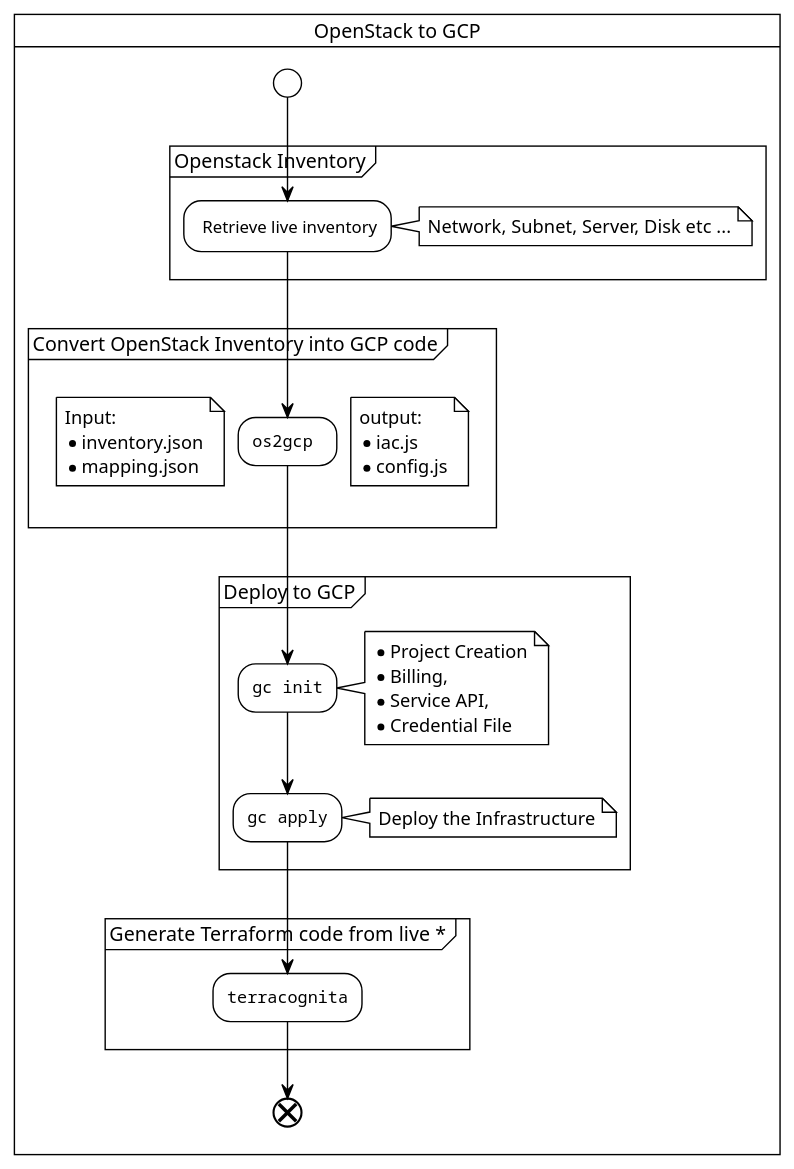
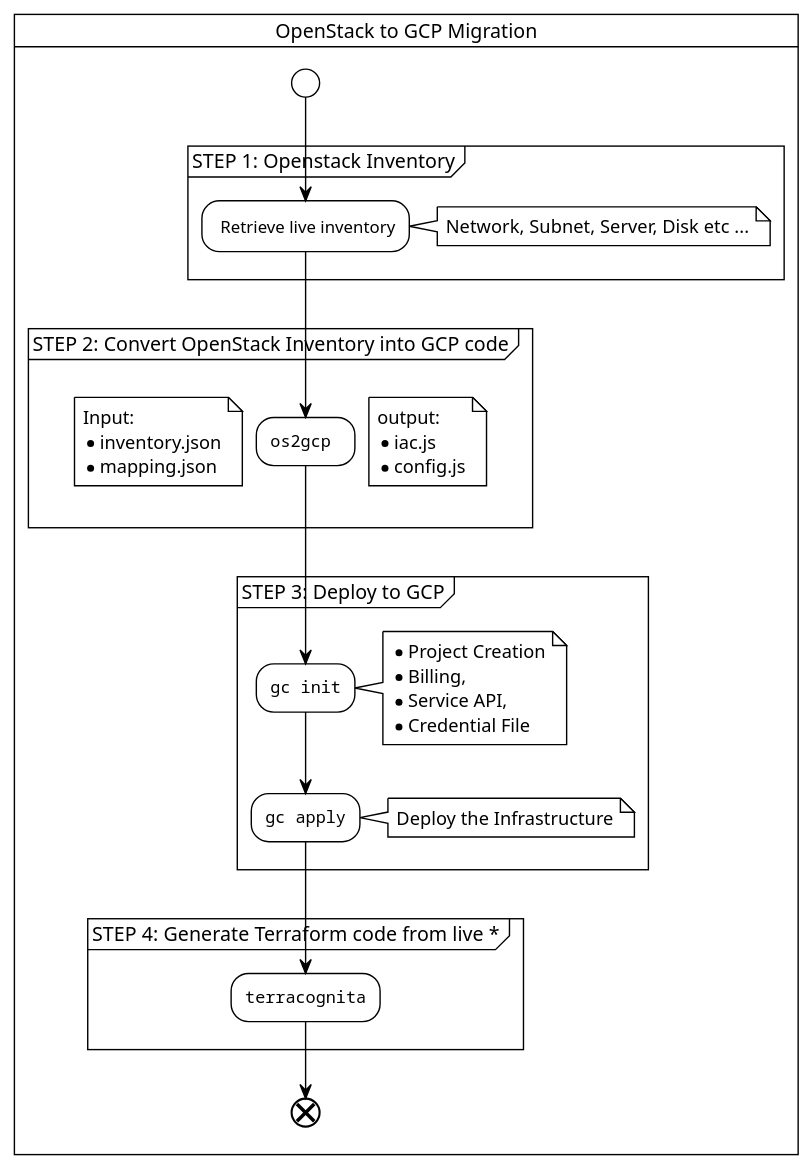
Before and after one commit to grucloud/grucloud: the diagram in packages/tools/openstack2gcp/Openstack2Gcp.puml, drawn with PlantUML. The commit also changed 1 other file, not shown here.

Commit message:
update s2gcp puml

```diff
--- a/packages/tools/openstack2gcp/Openstack2Gcp.puml
+++ b/packages/tools/openstack2gcp/Openstack2Gcp.puml
@@ -1,50 +1,50 @@
 @startuml OpenStack2GCP
 !theme plain
 
 skinparam svgLinkTarget _blank
 
-card "OpenStack to GCP" {
+card "OpenStack to GCP Migration" {
 start
 
-partition "Openstack Inventory" {
+partition "STEP 1: Openstack Inventory" {
 : Retrieve live inventory;
 note right
 Network, Subnet, Server, Disk etc ...
 end note
 }
 
-partition "Convert OpenStack Inventory into GCP code" {
+partition "STEP 2: Convert OpenStack Inventory into GCP code" {
   :""os2gcp "";
 note left
 Input: 
 * inventory.json
 * mapping.json
 end note
 note right
 output: 
 * iac.js
 * config.js
 end note
 }
 
-partition "Deploy to GCP" {
+partition "STEP 3: Deploy to GCP" {
   :""gc init"";
 note right
 * Project Creation
 * Billing, 
 * Service API,
 * Credential File 
 end note
 :""gc apply"";
 note right
 Deploy the Infrastructure
 end note
 }
 
-partition "Generate Terraform code from live *" {
+partition "STEP 4: Generate Terraform code from live *" {
   :""terracognita"";
 }
 
 end
 }
 @enduml
```
